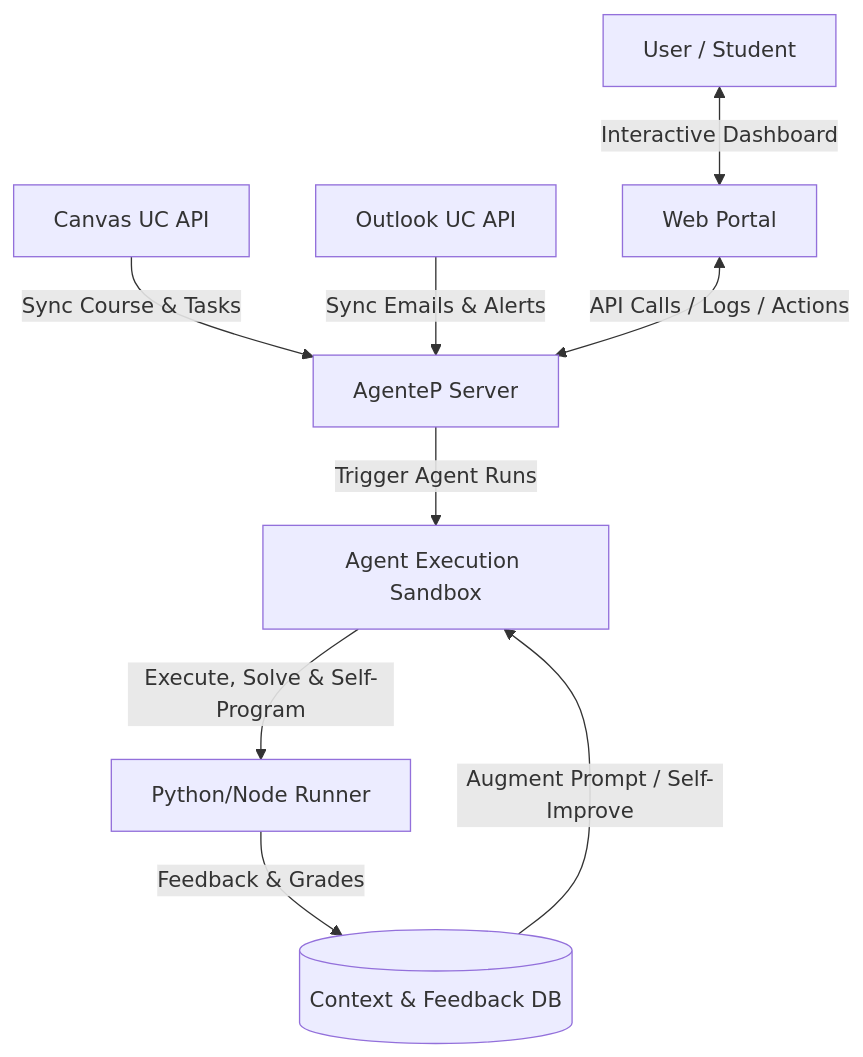
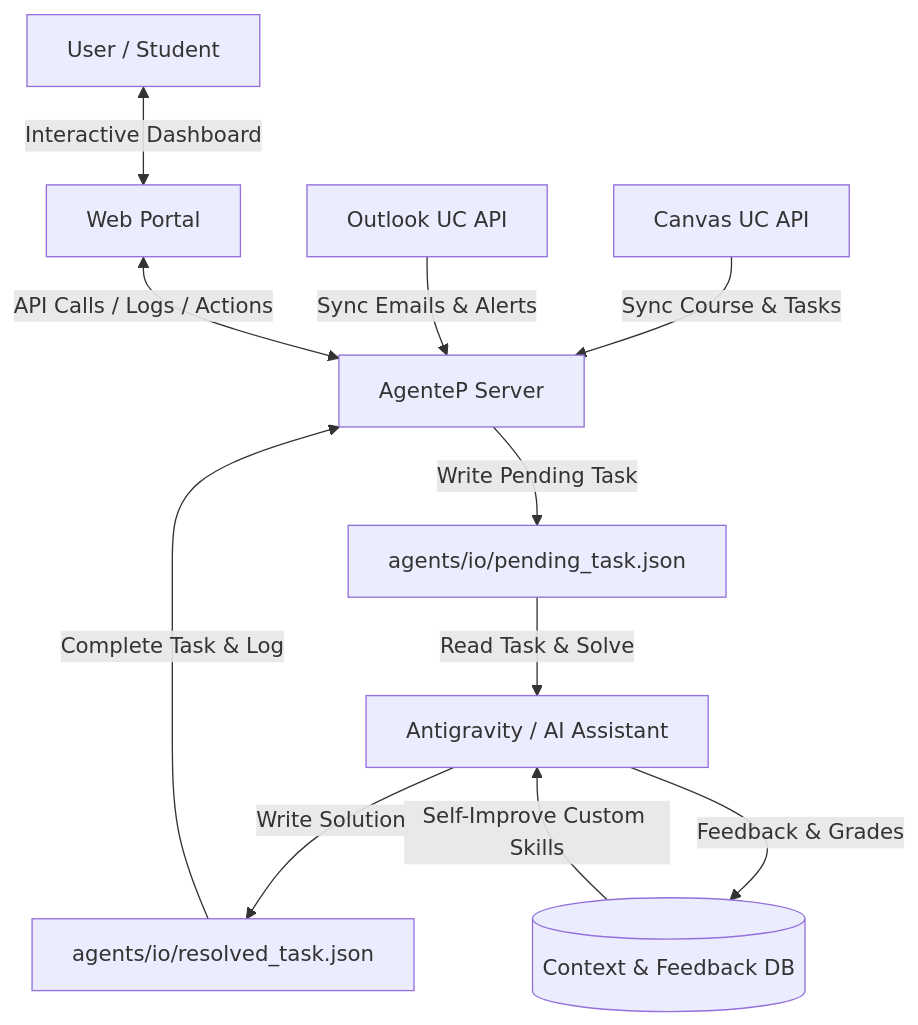
One commit to DropeG/agenteP changed the diagram in docs/context/vision_and_features.md. Above: the diagram before and after it, drawn with Mermaid. The commit also changed other lines of this file and 145 other files, not shown here.

````diff
--- a/docs/context/vision_and_features.md
+++ b/docs/context/vision_and_features.md
@@ -16,11 +16,13 @@
 ```mermaid
 graph TD
     Canvas[Canvas UC API] -->|Sync Course & Tasks| Server[AgenteP Server]
     Outlook[Outlook UC API] -->|Sync Emails & Alerts| Server
     User[User / Student] <-->|Interactive Dashboard| Web[Web Portal]
     Web <-->|API Calls / Logs / Actions| Server
-    Server -->|Trigger Agent Runs| AgentHost[Agent Execution Sandbox]
-    AgentHost -->|Execute, Solve & Self-Program| CodeRunner[Python/Node Runner]
-    CodeRunner -->|Feedback & Grades| ContextDb[(Context & Feedback DB)]
-    ContextDb -->|Augment Prompt / Self-Improve| AgentHost
+    Server -->|Write Pending Task| Bridge[agents/io/pending_task.json]
+    Bridge -->|Read Task & Solve| Antigravity[Antigravity / AI Assistant]
+    Antigravity -->|Write Solution| Resolved[agents/io/resolved_task.json]
+    Resolved -->|Complete Task & Log| Server
+    Antigravity -->|Feedback & Grades| ContextDb[(Context & Feedback DB)]
+    ContextDb -->|Self-Improve Custom Skills| Antigravity
 ```
````
